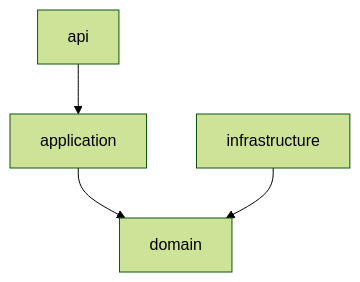
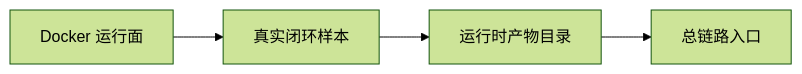
One commit to xilufeisaigao/AgentX changed the diagram in .codex/skills/agentx-module-teacher/SKILL.md. Above: the diagram before and after it, drawn with Mermaid (forest theme). The commit also changed other lines of this file and 5 other files, not shown here.

Commit message:
docs: refine study flow into micro rounds

````diff
--- a/.codex/skills/agentx-module-teacher/SKILL.md
+++ b/.codex/skills/agentx-module-teacher/SKILL.md
@@ -178,6 +155,6 @@
 ```mermaid
-graph TD
-  api["api"] --> app["application"]
-  app["application"] --> domain["domain"]
-  infra["infrastructure"] --> domain["domain"]
+graph LR
+  docker["Docker 运行面"] --> audit["真实闭环样本"]
+  audit["真实闭环样本"] --> artifacts["运行时产物目录"]
+  artifacts["运行时产物目录"] --> chain["总链路入口"]
 ```
````
